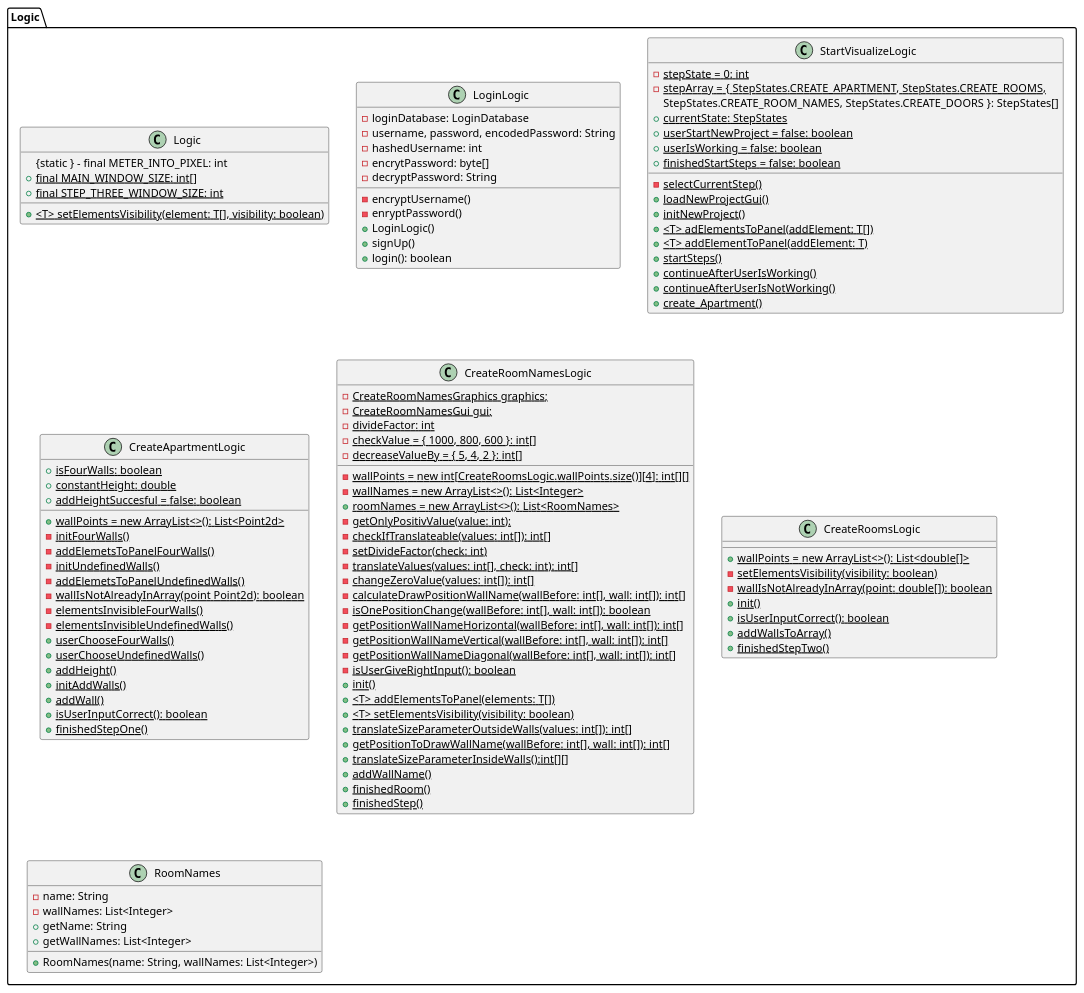
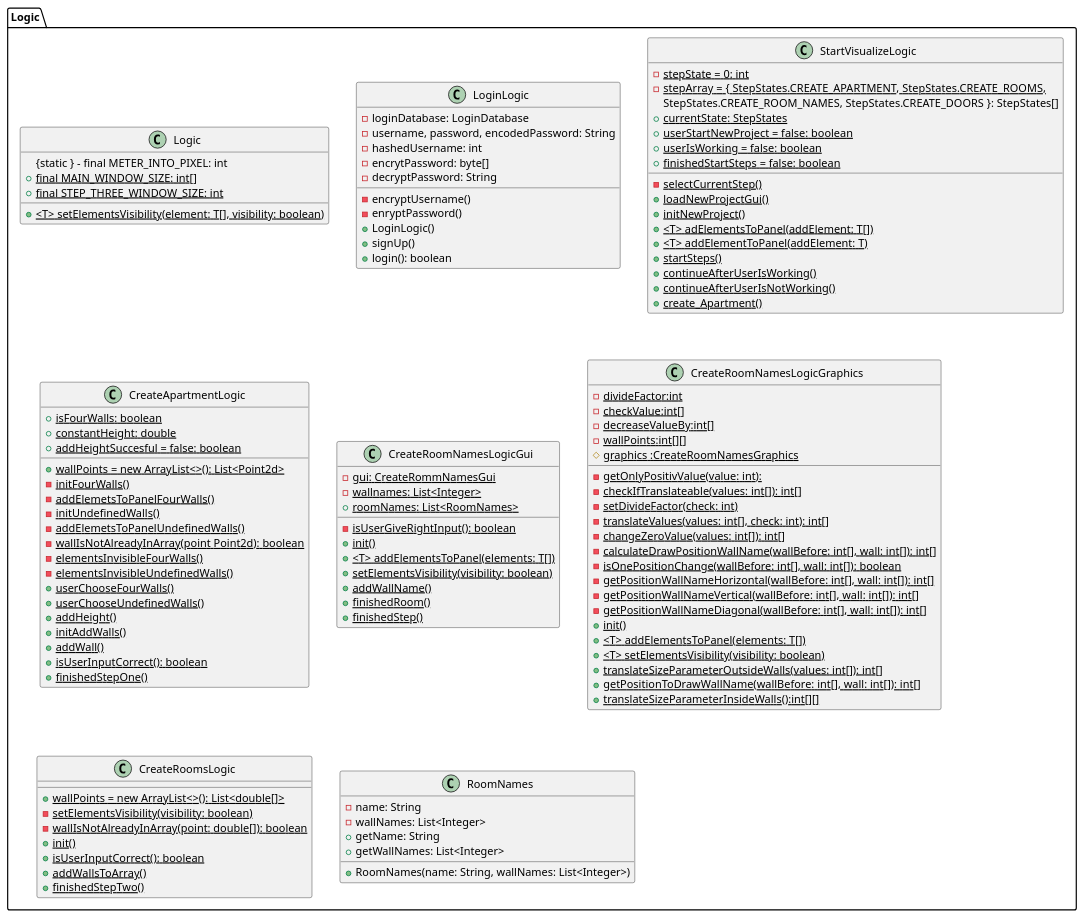
The diagram in doc/Diagrams/class diagrams/Logic.class diagram.md (Raboro/Home-Visualizer), drawn with PlantUML before and after one commit.

Commit message:
save changes also in class diagram

```diff
--- a/doc/Diagrams/class diagrams/Logic.class diagram.md
+++ b/doc/Diagrams/class diagrams/Logic.class diagram.md
@@ -62,15 +62,25 @@
         {static} + finishedStepOne()
     }
 
-    class CreateRoomNamesLogic{
-        {static} - CreateRoomNamesGraphics graphics;
-        {static} - CreateRoomNamesGui gui;
-        {static} - divideFactor: int
-        {static} - checkValue = { 1000, 800, 600 }: int[]
-        {static} - decreaseValueBy = { 5, 4, 2 }: int[]
-        {static} - wallPoints = new int[CreateRoomsLogic.wallPoints.size()][4]: int[][]
-        {static} - wallNames = new ArrayList<>(): List<Integer>
-        {static} + roomNames = new ArrayList<>(): List<RoomNames>
+    class CreateRoomNamesLogicGui {
+        {static} - gui: CreateRommNamesGui
+        {static} - wallnames: List<Integer>
+        {static} + roomNames: List<RoomNames>
+        {static} - isUserGiveRightInput(): boolean
+        {static} + init()  
+        {static} + <T> addElementsToPanel(elements: T[])
+        {static} + setElementsVisibility(visibility: boolean)
+        {static} + addWallName()
+        {static} + finishedRoom()
+        {static} + finishedStep()
+    }
+
+    class CreateRoomNamesLogicGraphics {
+        {static} - divideFactor:int
+        {static} - checkValue:int[]
+        {static} - decreaseValueBy:int[]
+        {static} - wallPoints:int[][]
+        {static} # graphics :CreateRoomNamesGraphics
         {static} - getOnlyPositivValue(value: int): 
         {static} - checkIfTranslateable(values: int[]): int[]
         {static} - setDivideFactor(check: int)
@@ -81,16 +91,12 @@
         {static} - getPositionWallNameHorizontal(wallBefore: int[], wall: int[]): int[]
         {static} - getPositionWallNameVertical(wallBefore: int[], wall: int[]): int[]
         {static} - getPositionWallNameDiagonal(wallBefore: int[], wall: int[]): int[]
-        {static} - isUserGiveRightInput(): boolean
         {static} + init()
         {static} + <T> addElementsToPanel(elements: T[])
         {static} + <T> setElementsVisibility(visibility: boolean)
         {static} + translateSizeParameterOutsideWalls(values: int[]): int[]
         {static} + getPositionToDrawWallName(wallBefore: int[], wall: int[]): int[]
         {static} + translateSizeParameterInsideWalls():int[][]
-        {static} + addWallName()
-        {static} + finishedRoom()
-        {static} + finishedStep()
     }
 
     class CreateRoomsLogic{
```
